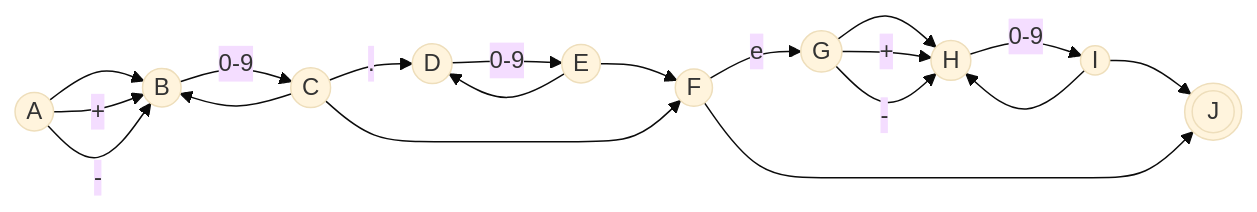
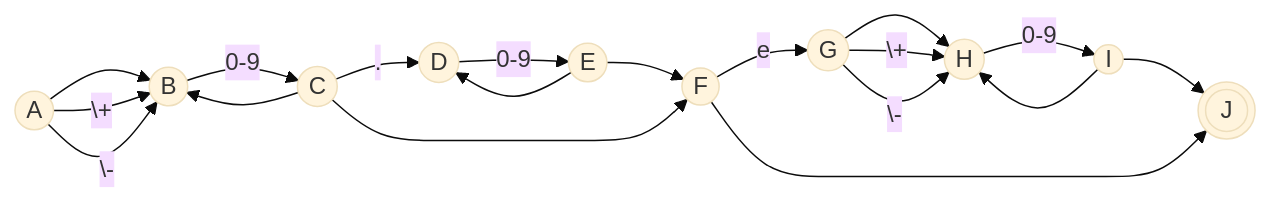
One commit to 1nchy/finite_state_machine changed the first of 2 diagrams in doc/float_recognition/usage.md. Above: the diagram before and after it, drawn with Mermaid (base theme).

Commit message:
fix(doc): fix error in float_recognition/usage.md

```diff
--- a/doc/float_recognition/usage.md
+++ b/doc/float_recognition/usage.md
@@ -17,13 +17,13 @@
 ~~~mermaid
 graph LR
 A(("A")) --> B(("B")) --"0-9"--> C(("C")) --"."--> D(("D")) --"0-9"--> E(("E")) --> F(("F")) --"e"--> G(("G")) --> H(("H")) --"0-9"--> I(("I")) --> J((("J")))
-A --"+"--> B
-A --"-"--> B
+A --"\+"--> B
+A --"\-"--> B
 C --> B
 C --> F
 E --> D
 F --> J
 I --> H
-G --"+"--> H
-G --"-"--> H
+G --"\+"--> H
+G --"\-"--> H
 ~~~
```
